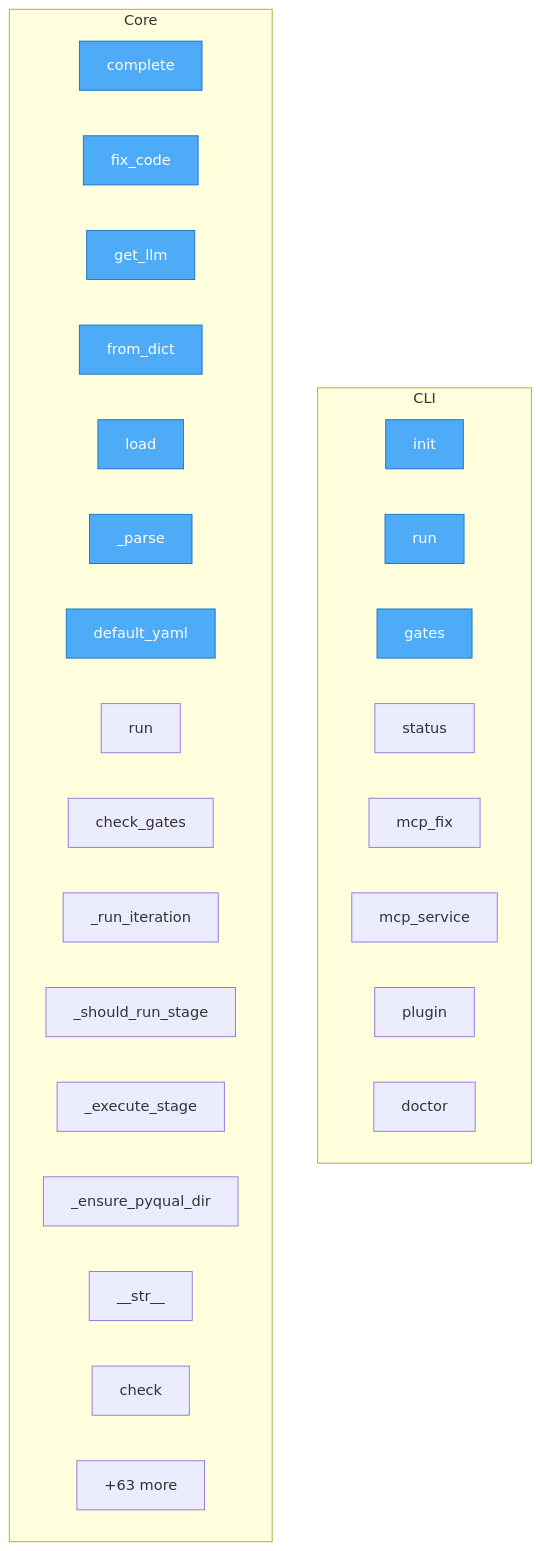
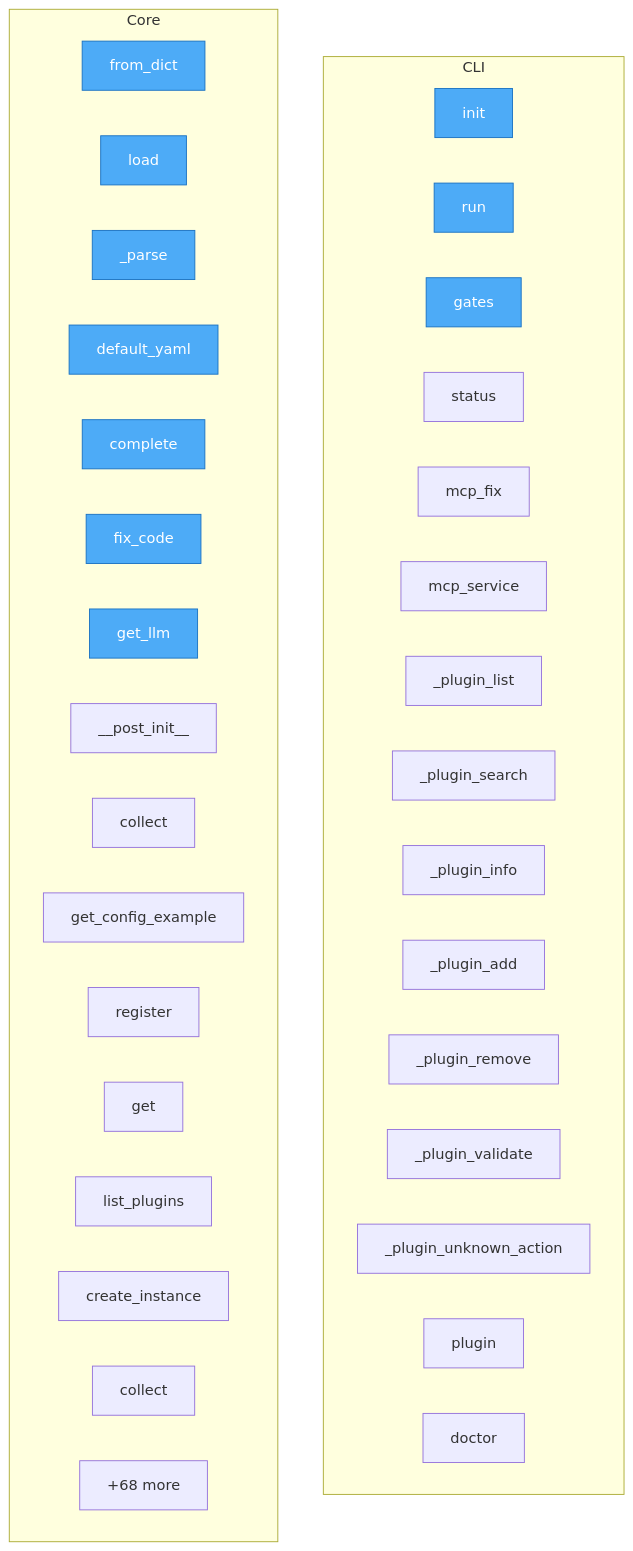
The diagram in project/flow.mmd (semcod/pyqual), drawn with Mermaid before and after one commit. The commit also changed 22 other files, not shown here.

```diff
--- a/project/flow.mmd
+++ b/project/flow.mmd
@@ -1,36 +1,43 @@
 flowchart TD
 
     %% Entry points (blue)
     classDef entry fill:#4dabf7,stroke:#1971c2,color:#fff
 
     subgraph CLI
         pyqual__cli__init["init"]
         pyqual__cli__run["run"]
         pyqual__cli__gates["gates"]
         pyqual__cli__status["status"]
         pyqual__cli__mcp_fix["mcp_fix"]
         pyqual__cli__mcp_service["mcp_service"]
+        pyqual__cli___plugin_list["_plugin_list"]
+        pyqual__cli___plugin_search["_plugin_search"]
+        pyqual__cli___plugin_info["_plugin_info"]
+        pyqual__cli___plugin_add["_plugin_add"]
+        pyqual__cli___plugin_remove["_plugin_remove"]
+        pyqual__cli___plugin_validate["_plugin_validate"]
+        pyqual__cli___plugin_unknown_action["_plugin_unknown_action"]
         pyqual__cli__plugin["plugin"]
         pyqual__cli__doctor["doctor"]
     end
 
     subgraph Core
-        pyqual__llm__LLM__complete["complete"]
-        pyqual__llm__LLM__fix_code["fix_code"]
-        pyqual__llm__get_llm["get_llm"]
         pyqual__config__GateConfig__from_dict["from_dict"]
         pyqual__config__PyqualConfig__load["load"]
         pyqual__config__PyqualConfig___parse["_parse"]
         pyqual__config__PyqualConfig__default_yaml["default_yaml"]
-        pyqual__pipeline__Pipeline__run["run"]
-        pyqual__pipeline__Pipeline__check_gates["check_gates"]
-        pyqual__pipeline__Pipeline___run_iteration["_run_iteration"]
-        pyqual__pipeline__Pipeline___should_run_stage["_should_run_stage"]
-        pyqual__pipeline__Pipeline___execute_stage["_execute_stage"]
-        pyqual__pipeline__Pipeline___ensure_pyqual_dir["_ensure_pyqual_dir"]
-        pyqual__gates__GateResult____str__["__str__"]
-        pyqual__gates__Gate__check["check"]
-        ...["+63 more"]
+        pyqual__llm__LLM__complete["complete"]
+        pyqual__llm__LLM__fix_code["fix_code"]
+        pyqual__llm__get_llm["get_llm"]
+        pyqual__plugins__PluginMetadata____post_init__["__post_init__"]
+        pyqual__plugins__MetricCollector__collect["collect"]
+        pyqual__plugins__MetricCollector__get_config_example["get_config_example"]
+        pyqual__plugins__PluginRegistry__register["register"]
+        pyqual__plugins__PluginRegistry__get["get"]
+        pyqual__plugins__PluginRegistry__list_plugins["list_plugins"]
+        pyqual__plugins__PluginRegistry__create_instance["create_instance"]
+        pyqual__plugins__LLMBenchCollector__collect["collect"]
+        ...["+68 more"]
     end
 
-    class pyqual__llm__LLM__complete,pyqual__llm__LLM__fix_code,pyqual__llm__get_llm,pyqual__config__GateConfig__from_dict,pyqual__config__PyqualConfig__load,pyqual__config__PyqualConfig___parse,pyqual__config__PyqualConfig__default_yaml,pyqual__cli__init,pyqual__cli__run,pyqual__cli__gates entry
+    class pyqual__config__GateConfig__from_dict,pyqual__config__PyqualConfig__load,pyqual__config__PyqualConfig___parse,pyqual__config__PyqualConfig__default_yaml,pyqual__llm__LLM__complete,pyqual__llm__LLM__fix_code,pyqual__llm__get_llm,pyqual__cli__init,pyqual__cli__run,pyqual__cli__gates entry
```
